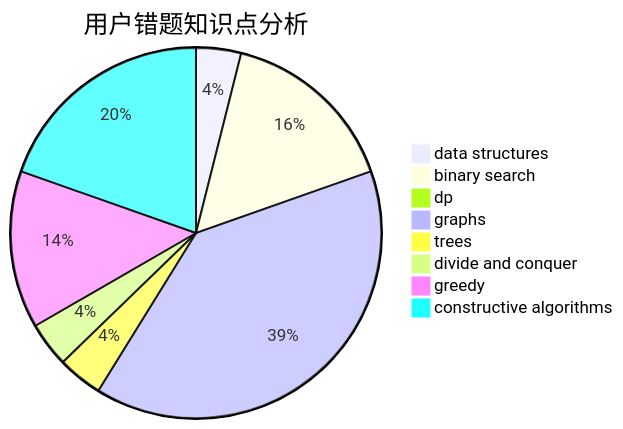
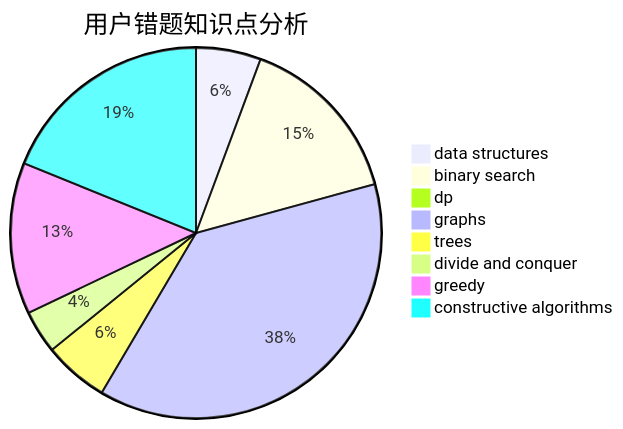
One commit to sherpahu/cfrs.github.io changed the third of 3 diagrams in docs/user/u1847.md. Above: the diagram before and after it, drawn with Mermaid. The commit also changed other lines of this file and 2770 other files, not shown here.

````diff
--- a/docs/user/u1847.md
+++ b/docs/user/u1847.md
@@ -36,11 +36,11 @@
 ```mermaid
 pie title 用户错题知识点分析
-    "data structures" :  2
+    "data structures" :  3
     "binary search" :  8
     "dp" :  0
     "graphs" :  20
-    "trees" :  2
+    "trees" :  3
     "divide and conquer" :  2
     "greedy" :  7
     "constructive algorithms" :  10
 ```
````
